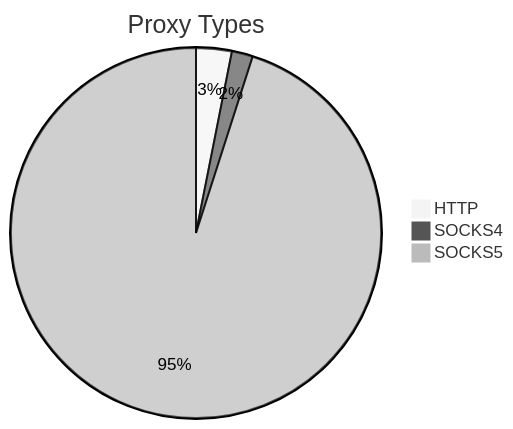
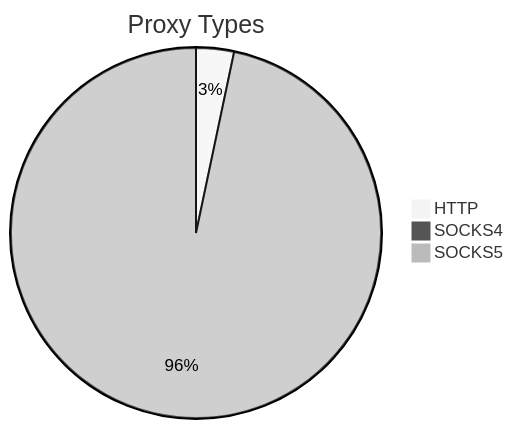
Before and after one commit to stormsia/proxy-list: the first of 2 diagrams in README.md, drawn with Mermaid (neutral theme). The commit also changed other lines of this file, not shown here.

````diff
--- a/README.md
+++ b/README.md
@@ -21,6 +21,6 @@
 ```mermaid
 pie title Proxy Types
-    "HTTP" : 153
-    "SOCKS4" : 90
-    "SOCKS5" : 4673
+    "HTTP" : 185
+    "SOCKS4" : 52
+    "SOCKS5" : 5416
 ```
````
